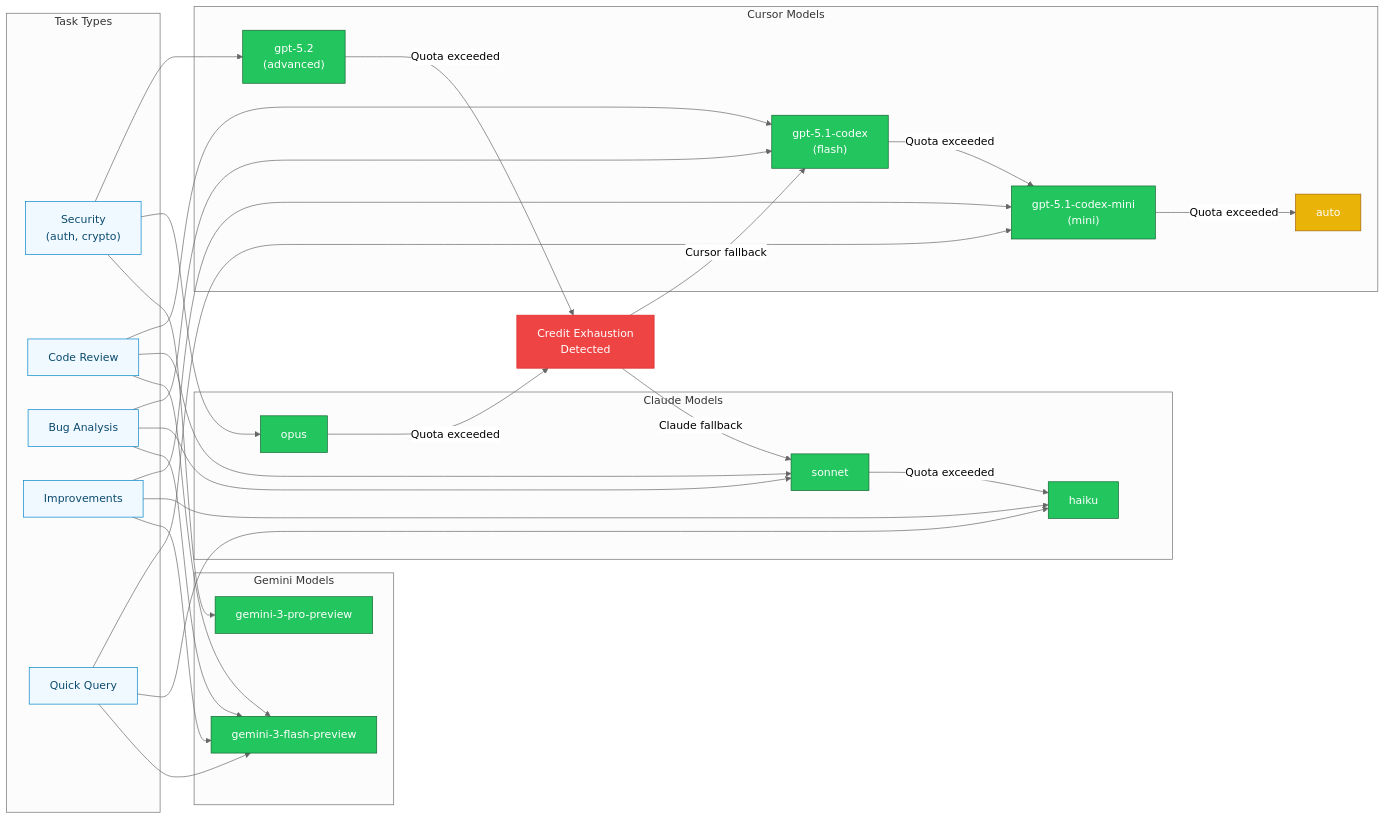
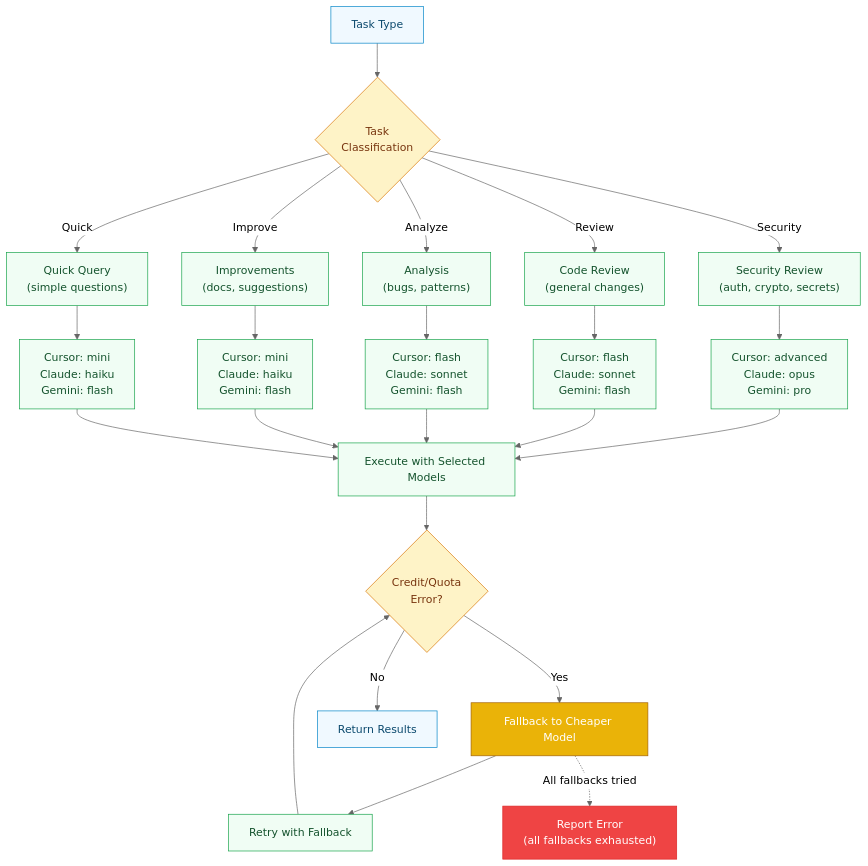
The seventh of 10 diagrams in docs/ARCHITECTURE_DIAGRAMS.md (RB-chrismandich/Manifest), drawn with Mermaid before and after one commit. The commit also changed other lines of this file and 24 other files, not shown here.

````diff
--- a/docs/ARCHITECTURE_DIAGRAMS.md
+++ b/docs/ARCHITECTURE_DIAGRAMS.md
@@ -429,66 +516,65 @@
 ```mermaid
 %%{init: {'theme':'neutral'}}%%
-flowchart LR
-    classDef task fill:#f0f9ff,stroke:#0284c7,color:#0c4a6e
-    classDef model fill:#22c55e,stroke:#166534,color:#fff
+flowchart TD
+    classDef input fill:#f0f9ff,stroke:#0284c7,color:#0c4a6e
+    classDef process fill:#f0fdf4,stroke:#16a34a,color:#14532d
+    classDef decision fill:#fef3c7,stroke:#d97706,color:#78350f
     classDef fallback fill:#eab308,stroke:#a16207,color:#fff
     classDef error fill:#ef4444,stroke:#dc2626,color:#fff
 
-    subgraph "Task Types"
-        SECURITY["Security<br/>(auth, crypto)"]:::task
-        REVIEW["Code Review"]:::task
-        ANALYZE["Bug Analysis"]:::task
-        IMPROVE["Improvements"]:::task
-        QUICK["Quick Query"]:::task
-    end
+    TASK["Task Type"]:::input
 
-    subgraph "Cursor Models"
-        C_ADV["gpt-5.2<br/>(advanced)"]:::model
-        C_FLASH["gpt-5.1-codex<br/>(flash)"]:::model
-        C_MINI["gpt-5.1-codex-mini<br/>(mini)"]:::model
-        C_AUTO["auto"]:::fallback
-    end
+    CLASSIFY{"Task<br/>Classification"}:::decision
 
-    subgraph "Claude Models"
-        CL_OPUS["opus"]:::model
-        CL_SONNET["sonnet"]:::model
-        CL_HAIKU["haiku"]:::model
-    end
+    SECURITY["Security Review<br/>(auth, crypto, secrets)"]:::process
+    REVIEW["Code Review<br/>(general changes)"]:::process
+    ANALYZE["Analysis<br/>(bugs, patterns)"]:::process
+    IMPROVE["Improvements<br/>(docs, suggestions)"]:::process
+    QUICK["Quick Query<br/>(simple questions)"]:::process
 
-    subgraph "Gemini Models"
-        G_PRO["gemini-3-pro-preview"]:::model
-        G_FLASH["gemini-3-flash-preview"]:::model
-    end
+    SEC_MODELS["Cursor: advanced<br/>Claude: opus<br/>Gemini: pro"]:::process
+    REV_MODELS["Cursor: flash<br/>Claude: sonnet<br/>Gemini: flash"]:::process
+    ANA_MODELS["Cursor: flash<br/>Claude: sonnet<br/>Gemini: flash"]:::process
+    IMP_MODELS["Cursor: mini<br/>Claude: haiku<br/>Gemini: flash"]:::process
+    QCK_MODELS["Cursor: mini<br/>Claude: haiku<br/>Gemini: flash"]:::process
 
-    CREDIT_ERR["Credit Exhaustion<br/>Detected"]:::error
+    EXECUTE["Execute with Selected Models"]:::process
 
-    SECURITY --> C_ADV
-    SECURITY --> CL_OPUS
-    SECURITY --> G_PRO
+    CHECK_ERROR{"Credit/Quota<br/>Error?"}:::decision
 
-    REVIEW --> C_FLASH
-    REVIEW --> CL_SONNET
-    REVIEW --> G_FLASH
+    FALLBACK["Fallback to Cheaper Model"]:::fallback
+    RETRY["Retry with Fallback"]:::process
 
-    ANALYZE --> C_FLASH
-    ANALYZE --> CL_SONNET
-    ANALYZE --> G_FLASH
+    SUCCESS["Return Results"]:::input
+    FAIL["Report Error<br/>(all fallbacks exhausted)"]:::error
 
-    IMPROVE --> C_MINI
-    IMPROVE --> CL_HAIKU
-    IMPROVE --> G_FLASH
+    TASK --> CLASSIFY
 
-    QUICK --> C_MINI
-    QUICK --> CL_HAIKU
-    QUICK --> G_FLASH
+    CLASSIFY -->|Security| SECURITY
+    CLASSIFY -->|Review| REVIEW
+    CLASSIFY -->|Analyze| ANALYZE
+    CLASSIFY -->|Improve| IMPROVE
+    CLASSIFY -->|Quick| QUICK
 
-    C_ADV -->|Quota exceeded| CREDIT_ERR
-    CL_OPUS -->|Quota exceeded| CREDIT_ERR
+    SECURITY --> SEC_MODELS
+    REVIEW --> REV_MODELS
+    ANALYZE --> ANA_MODELS
+    IMPROVE --> IMP_MODELS
+    QUICK --> QCK_MODELS
 
-    CREDIT_ERR -->|Cursor fallback| C_FLASH
-    C_FLASH -->|Quota exceeded| C_MINI
-    C_MINI -->|Quota exceeded| C_AUTO
+    SEC_MODELS --> EXECUTE
+    REV_MODELS --> EXECUTE
+    ANA_MODELS --> EXECUTE
+    IMP_MODELS --> EXECUTE
+    QCK_MODELS --> EXECUTE
 
-    CREDIT_ERR -->|Claude fallback| CL_SONNET
-    CL_SONNET -->|Quota exceeded| CL_HAIKU
+    EXECUTE --> CHECK_ERROR
+
+    CHECK_ERROR -->|Yes| FALLBACK
+    CHECK_ERROR -->|No| SUCCESS
+
+    FALLBACK --> RETRY
+    RETRY --> CHECK_ERROR
+
+    FALLBACK -.->|All fallbacks tried| FAIL
 ```
````
